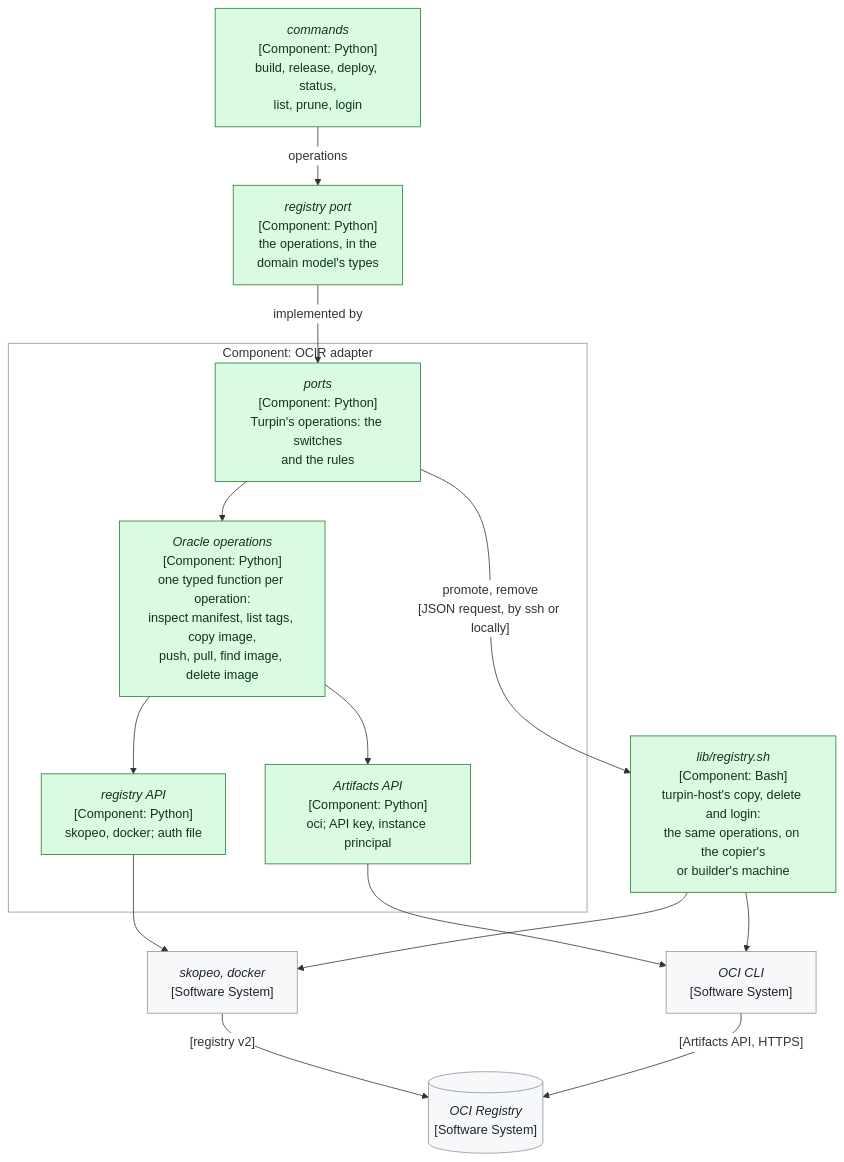
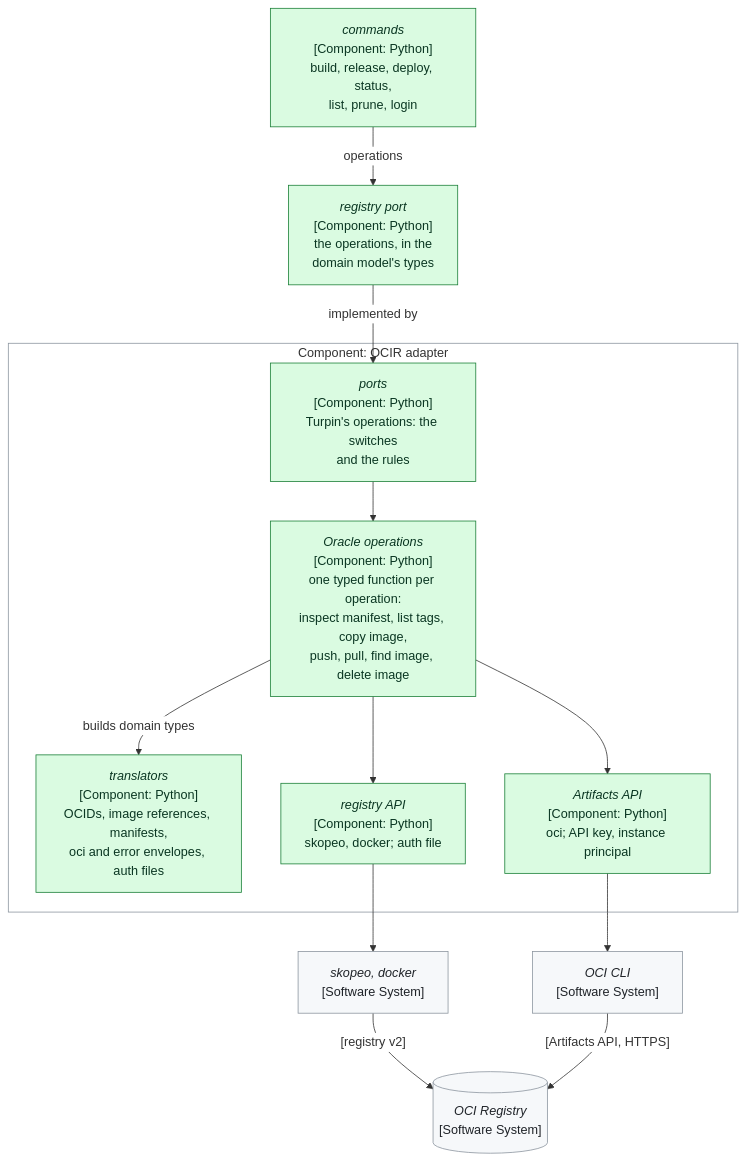
The sixth of 10 diagrams in records/2.5-changes/programme-tooling/117-generic-deliver-tool/design.md (delphside/programme), drawn with Mermaid before and after one commit. The commit also changed other lines of this file, not shown here.

First line of the commit message:
Change 117: copy and delete as Python turpin commands; translators

````diff
--- a/records/2.5-changes/programme-tooling/117-generic-deliver-tool/design.md
+++ b/records/2.5-changes/programme-tooling/117-generic-deliver-tool/design.md
@@ -604,33 +605,31 @@
 ```mermaid
 %%{init: {"themeVariables": {"clusterBkg": "#ffffff", "clusterBorder": "#8c959f", "edgeLabelBackground": "#ffffff"}}}%%
 flowchart TB
   CMD["<i>commands</i><br>[Component: Python]<br>build, release, deploy, status,<br>list, prune, login"]
   PORT["<i>registry port</i><br>[Component: Python]<br>the operations, in the<br>domain model's types"]
   subgraph OCIRA["Component: OCIR adapter"]
     TOP["<i>ports</i><br>[Component: Python]<br>Turpin's operations: the switches<br>and the rules"]
     MID["<i>Oracle operations</i><br>[Component: Python]<br>one typed function per operation:<br>inspect manifest, list tags, copy image,<br>push, pull, find image, delete image"]
+    TRN["<i>translators</i><br>[Component: Python]<br>OCIDs, image references, manifests,<br>oci and error envelopes, auth files"]
     RAPI["<i>registry API</i><br>[Component: Python]<br>skopeo, docker; auth file"]
     AAPI["<i>Artifacts API</i><br>[Component: Python]<br>oci; API key, instance principal"]
   end
-  HREG["<i>lib/registry.sh</i><br>[Component: Bash]<br>turpin-host's copy, delete and login:<br>the same operations, on the copier's<br>or builder's machine"]
   SKO["<i>skopeo, docker</i><br>[Software System]"]
   OCI["<i>OCI CLI</i><br>[Software System]"]
   REG[("<i>OCI Registry</i><br>[Software System]")]
   CMD -->|"operations"| PORT
   PORT -->|"implemented by"| TOP
   TOP --> MID
-  TOP -->|"promote, remove<br>[JSON request, by ssh or locally]"| HREG
   MID --> RAPI
+  MID -->|"builds domain types"| TRN
   MID --> AAPI
   RAPI --> SKO
   AAPI --> OCI
-  HREG --> SKO
-  HREG --> OCI
   SKO -->|"[registry v2]"| REG
   OCI -->|"[Artifacts API, HTTPS]"| REG
   classDef unchanged    fill:#f6f8fa,stroke:#8c959f,color:#1f2328
   classDef new          fill:#dafbe1,stroke:#1a7f37,color:#0a3622
   classDef changed      fill:#fff8c5,stroke:#9a6700,color:#4d2d00
-  class CMD,PORT,TOP,MID,RAPI,AAPI,HREG new
+  class CMD,PORT,TOP,MID,TRN,RAPI,AAPI new
   class SKO,OCI,REG unchanged
 ```
````
